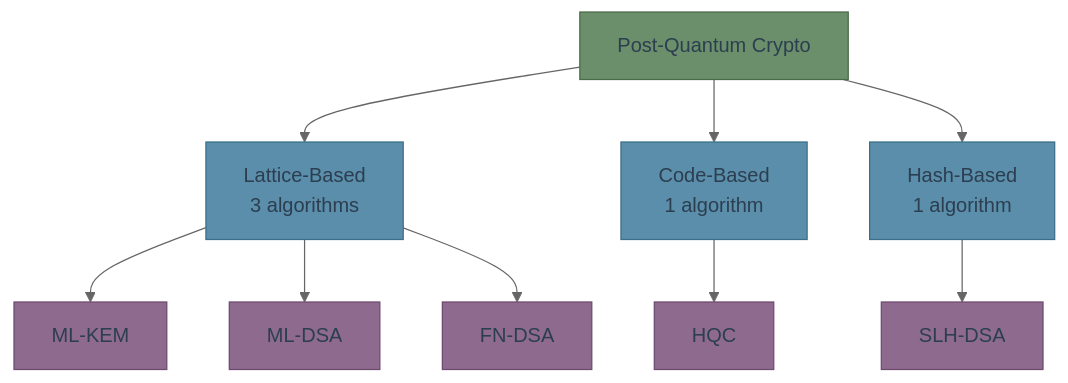
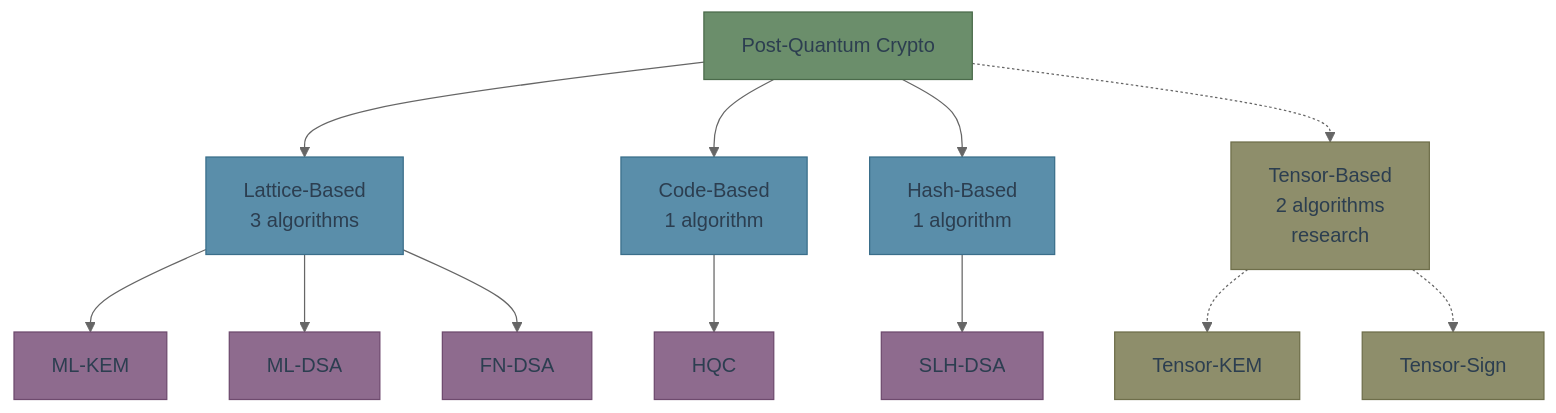
Before and after one commit to MichaelTien8901/pqc-engineering-guide: the second of 2 diagrams in 02-pqc-algorithms.md, drawn with Mermaid (neutral theme). The commit also changed other lines of this file, not shown here.

First line of the commit message:
Implement tensor-based PQC research (003-tensor-pqc-research, 41/41 tasks)

````diff
--- a/02-pqc-algorithms.md
+++ b/02-pqc-algorithms.md
@@ -48,19 +48,25 @@
 ```mermaid
 flowchart TD
     PQC[Post-Quantum Crypto] --> LAT[Lattice-Based<br/>3 algorithms]
     PQC --> CODE[Code-Based<br/>1 algorithm]
     PQC --> HASH[Hash-Based<br/>1 algorithm]
+    PQC -.-> TENS[Tensor-Based<br/>2 algorithms<br/>research]
     LAT --> MLKEM[ML-KEM]
     LAT --> MLDSA[ML-DSA]
     LAT --> FNDSA[FN-DSA]
     CODE --> HQC2[HQC]
     HASH --> SLHDSA[SLH-DSA]
+    TENS -.-> TKEM[Tensor-KEM]
+    TENS -.-> TSIG[Tensor-Sign]
 
     classDef root fill:#6b8e6b,stroke:#4a6a4a,color:#2c3e50
     classDef family fill:#5a8eaa,stroke:#3a6e8a,color:#2c3e50
     classDef algo fill:#8e6b8e,stroke:#6e4a6e,color:#2c3e50
+    classDef research fill:#8e8e6b,stroke:#6e6e4a,color:#2c3e50
 
     class PQC root
     class LAT,CODE,HASH family
     class MLKEM,MLDSA,FNDSA,HQC2,SLHDSA algo
+    class TENS research
+    class TKEM,TSIG research
 ```
````
